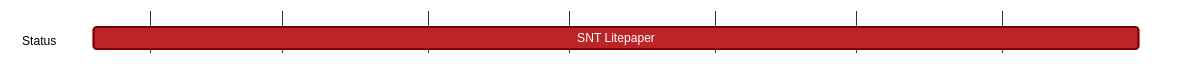
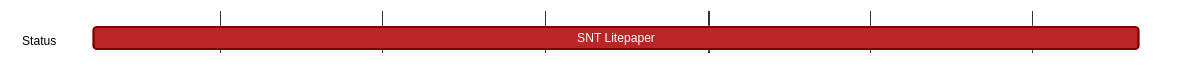
One commit to logos-co/roadmap changed the diagram in content/vac/tke/g/status/snt-litepaper.md. Above: the diagram before and after it, drawn with Mermaid. The commit also changed 2 other files, not shown here.

Commit message:
cleaning up Status App

````diff
--- a/content/vac/tke/g/status/snt-litepaper.md
+++ b/content/vac/tke/g/status/snt-litepaper.md
@@ -7,19 +7,19 @@
 ```mermaid
 %%{ 
   init: { 
     'theme': 'base', 
     'themeVariables': { 
       'primaryColor': '#BB2528', 
       'primaryTextColor': '#fff', 
       'primaryBorderColor': '#7C0000', 
       'lineColor': '#F8B229', 
       'secondaryColor': '#006100', 
       'tertiaryColor': '#fff' 
     } 
   } 
 }%%
 gantt
 	dateFormat YYYY-MM-DD 
 	section Status
-		SNT Litepaper: 2023-01-20, 2023-08-30
+		SNT Litepaper: 2023-01-20, 2024-08-30
 ```
````
